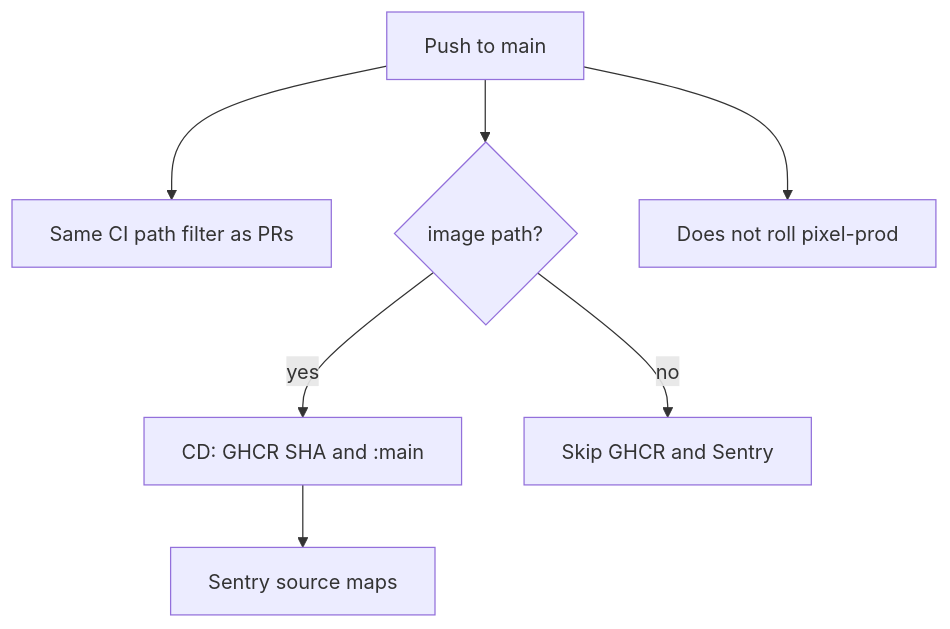
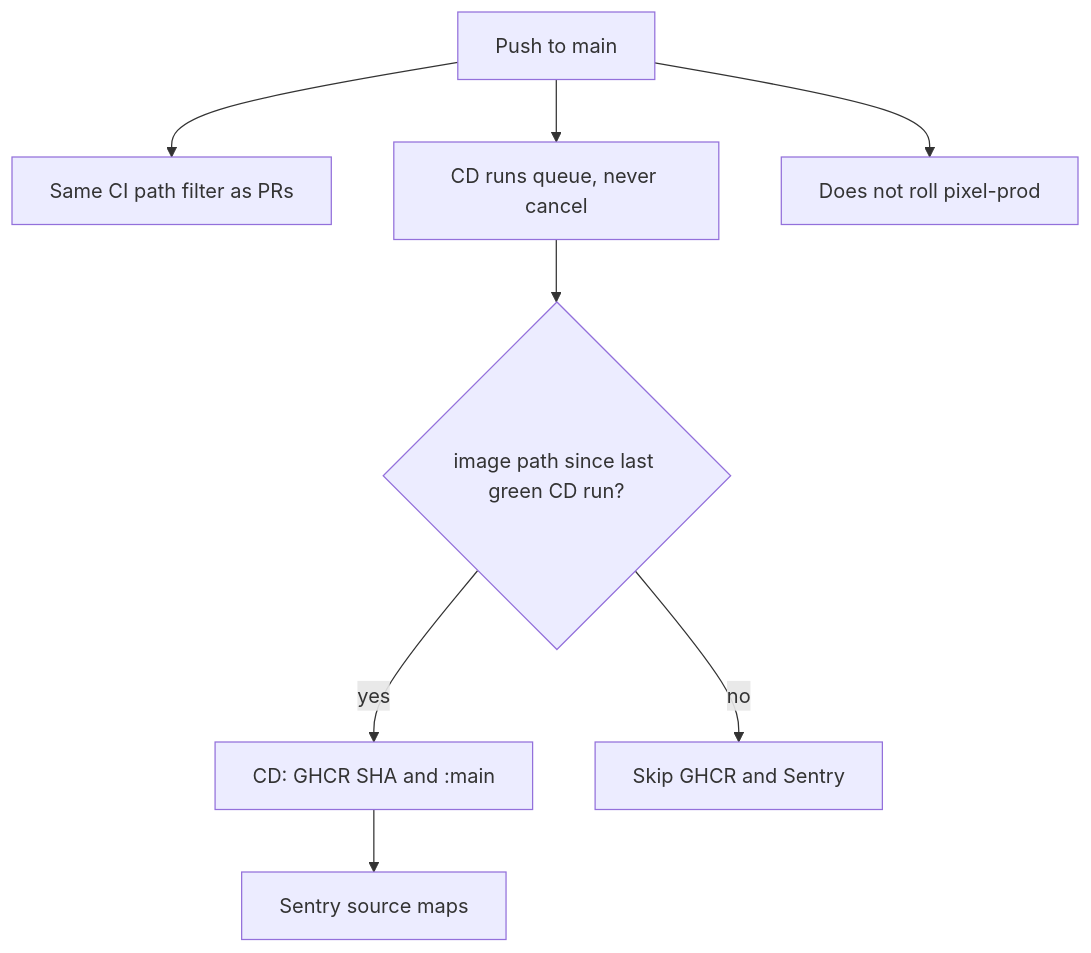
The second of 3 diagrams in docs/runbook.md (pixelbar/pixel), drawn with Mermaid before and after one commit. The commit also changed other lines of this file and 4 other files, not shown here.

````diff
--- a/docs/runbook.md
+++ b/docs/runbook.md
@@ -482,10 +482,11 @@
 ```mermaid
 flowchart TD
   main[Push to main]
   main --> ci[Same CI path filter as PRs]
-  main --> imagep{"image path?"}
+  main --> queue[CD runs queue, never cancel]
+  queue --> imagep{"image path since last green CD run?"}
   imagep -->|yes| pub["CD: GHCR SHA and :main"]
   pub --> maps[Sentry source maps]
   imagep -->|no| nocd[Skip GHCR and Sentry]
   main --> note[Does not roll pixel-prod]
 ```
````
